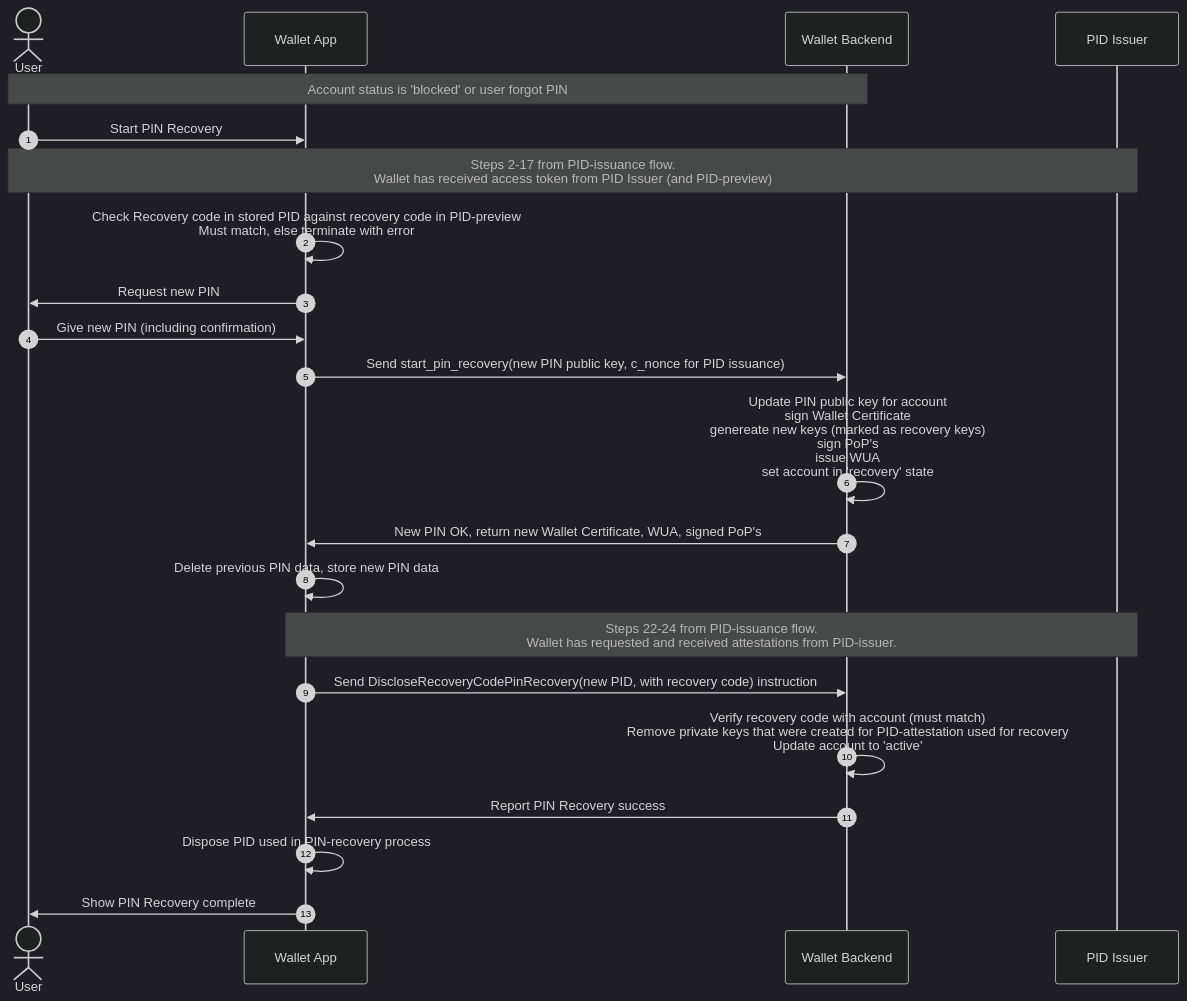
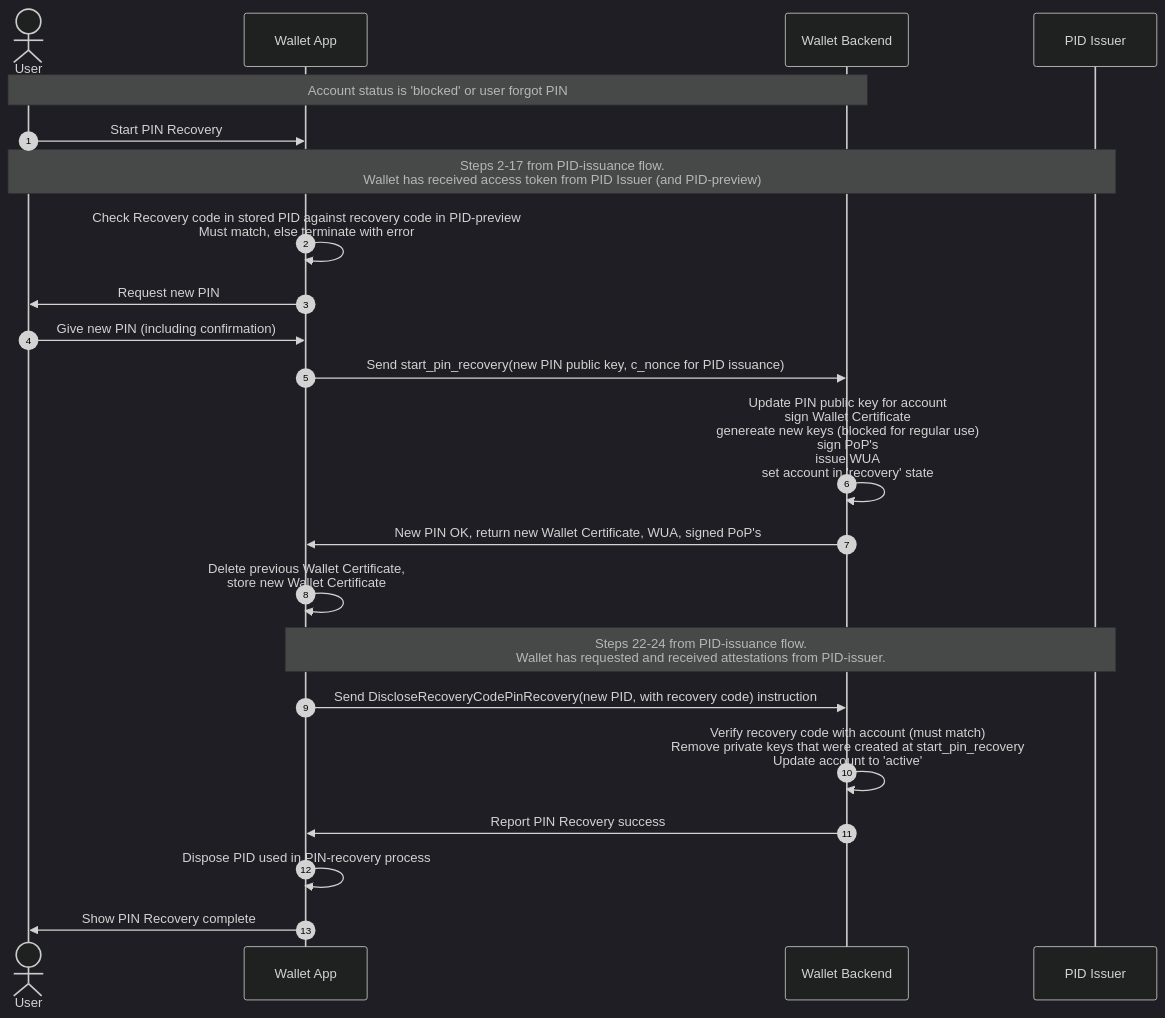
Before and after one commit to MinBZK/nl-wallet: the first of 3 diagrams in wallet_docs/architecture/use-cases/recovery_usecases.md, drawn with Mermaid (dark theme). The commit also changed other lines of this file, not shown here.

Commit message:
updated flows according to feedback from review

````diff
--- a/wallet_docs/architecture/use-cases/recovery_usecases.md
+++ b/wallet_docs/architecture/use-cases/recovery_usecases.md
@@ -44,25 +44,25 @@
 ```{mermaid}
 sequenceDiagram
     autonumber
     actor User as User
     participant Wallet as Wallet App
     participant WP as Wallet Backend
     participant PID as PID Issuer
     
     note over User, WP: Account status is 'blocked' or user forgot PIN 
     User ->> Wallet : Start PIN Recovery 
     note over User, PID:Steps 2-17 from PID-issuance flow. <br/> Wallet has received access token from PID Issuer (and PID-preview)
     Wallet ->> Wallet: Check Recovery code in stored PID against recovery code in PID-preview<br/>Must match, else terminate with error
     Wallet ->> User: Request new PIN
     User ->> Wallet: Give new PIN (including confirmation)
     Wallet ->> WP: Send start_pin_recovery(new PIN public key, c_nonce for PID issuance)
-    WP ->> WP: Update PIN public key for account<br/> sign Wallet Certificate<br/>genereate new keys (marked as recovery keys)<br/> sign PoP's<br/> issue WUA<br/>set account in 'recovery' state
+    WP ->> WP: Update PIN public key for account<br/> sign Wallet Certificate<br/>genereate new keys (blocked for regular use)<br/> sign PoP's<br/> issue WUA<br/>set account in 'recovery' state
     WP ->> Wallet: New PIN OK, return new Wallet Certificate, WUA, signed PoP's
-    Wallet ->> Wallet: Delete previous PIN data, store new PIN data    
+    Wallet ->> Wallet: Delete previous Wallet Certificate,<br/> store new Wallet Certificate    
     note over Wallet, PID: Steps 22-24 from PID-issuance flow. <br/> Wallet has requested and received attestations from PID-issuer. 
     Wallet ->> WP: Send DiscloseRecoveryCodePinRecovery(new PID, with recovery code) instruction
-    WP ->> WP: Verify recovery code with account (must match)<br/>Remove private keys that were created for PID-attestation used for recovery<br/>Update account to 'active'
+    WP ->> WP: Verify recovery code with account (must match)<br/>Remove private keys that were created at start_pin_recovery<br/>Update account to 'active'
     WP ->> Wallet: Report PIN Recovery success
     Wallet ->> Wallet: Dispose PID used in PIN-recovery process
     Wallet ->> User: Show PIN Recovery complete
 ```
````
